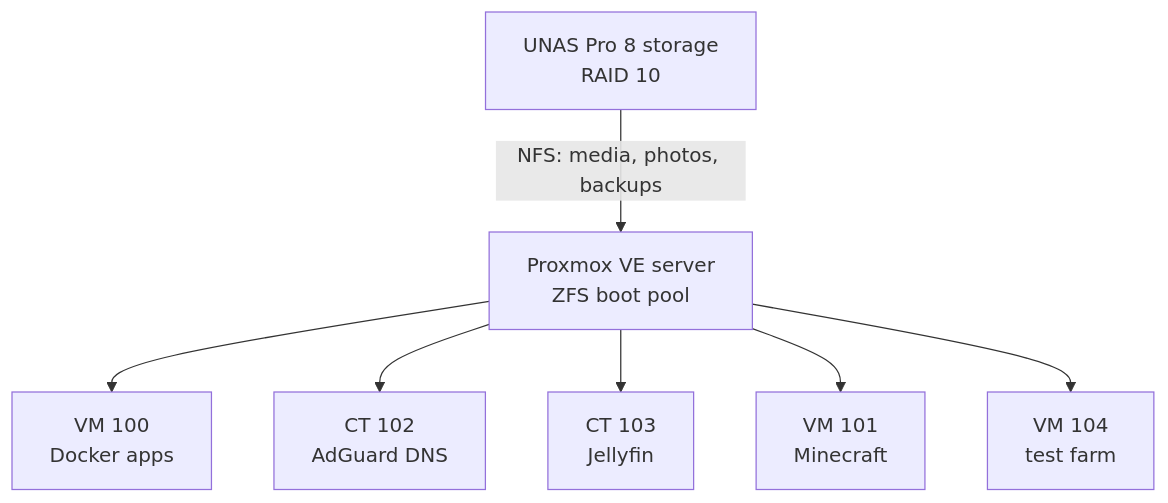
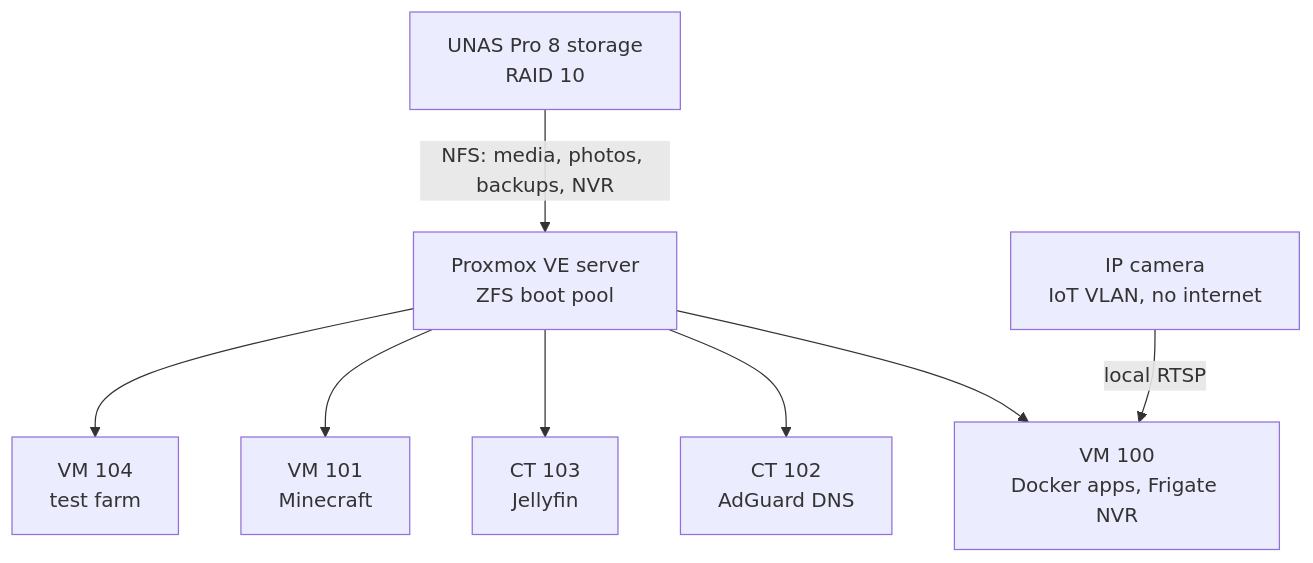
The second of 3 diagrams in README.md (and2rey/homelab), drawn with Mermaid before and after one commit. The commit also changed other lines of this file and 3 other files, not shown here.

First line of the commit message:
Add local NVR write-up; DNSSEC validating; monitoring and diagram updates

````diff
--- a/README.md
+++ b/README.md
@@ -61,16 +62,18 @@
 ```mermaid
 flowchart TB
     NAS["UNAS Pro 8 storage<br/>RAID 10"]
     PVE["Proxmox VE server<br/>ZFS boot pool"]
-    VM100["VM 100<br/>Docker apps"]
+    VM100["VM 100<br/>Docker apps, Frigate NVR"]
     CT102["CT 102<br/>AdGuard DNS"]
     CT103["CT 103<br/>Jellyfin"]
     VM101["VM 101<br/>Minecraft"]
     VM104["VM 104<br/>test farm"]
-    NAS -- "NFS: media, photos, backups" --> PVE
+    CAM["IP camera<br/>IoT VLAN, no internet"]
+    NAS -- "NFS: media, photos, backups, NVR" --> PVE
     PVE --> VM100
     PVE --> CT102
     PVE --> CT103
     PVE --> VM101
     PVE --> VM104
+    CAM -- "local RTSP" --> VM100
 ```
````
